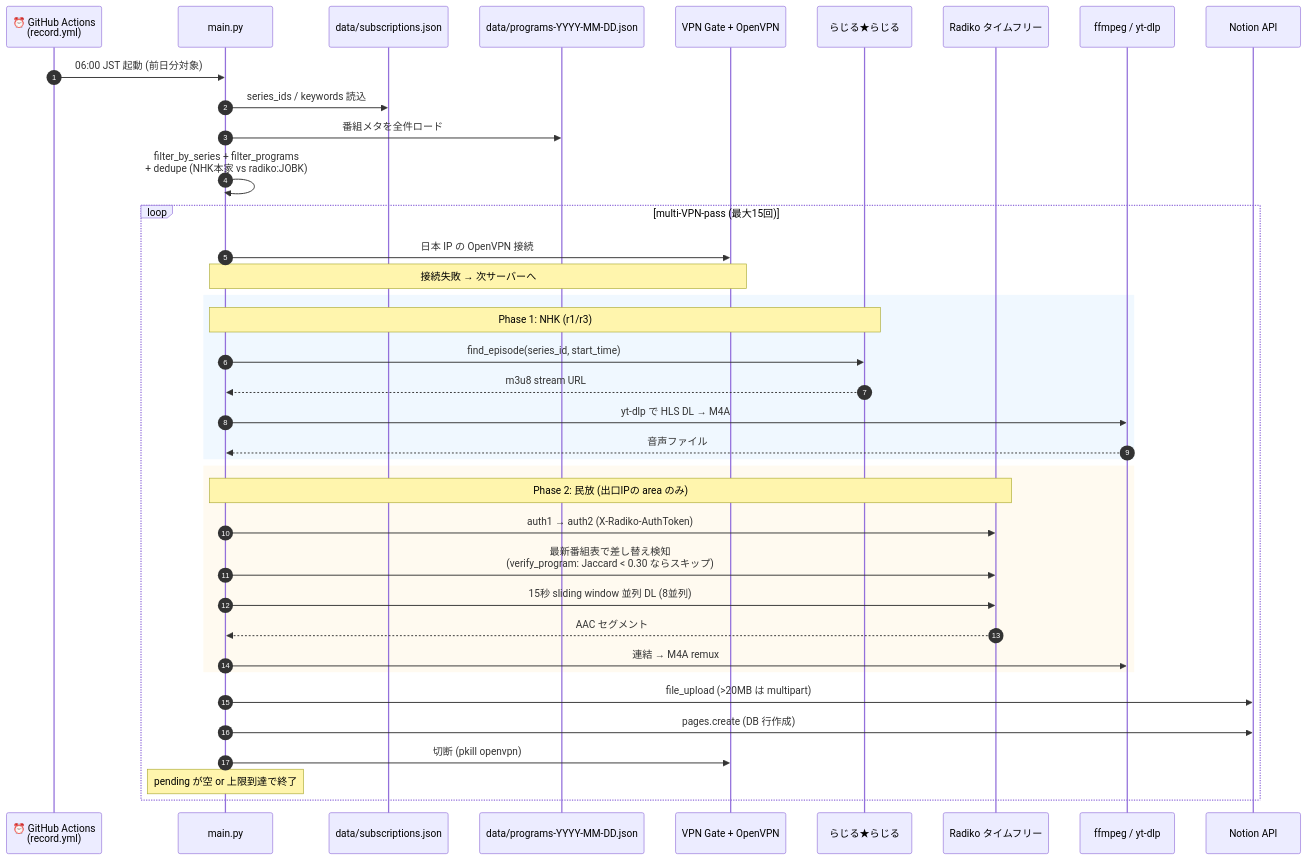
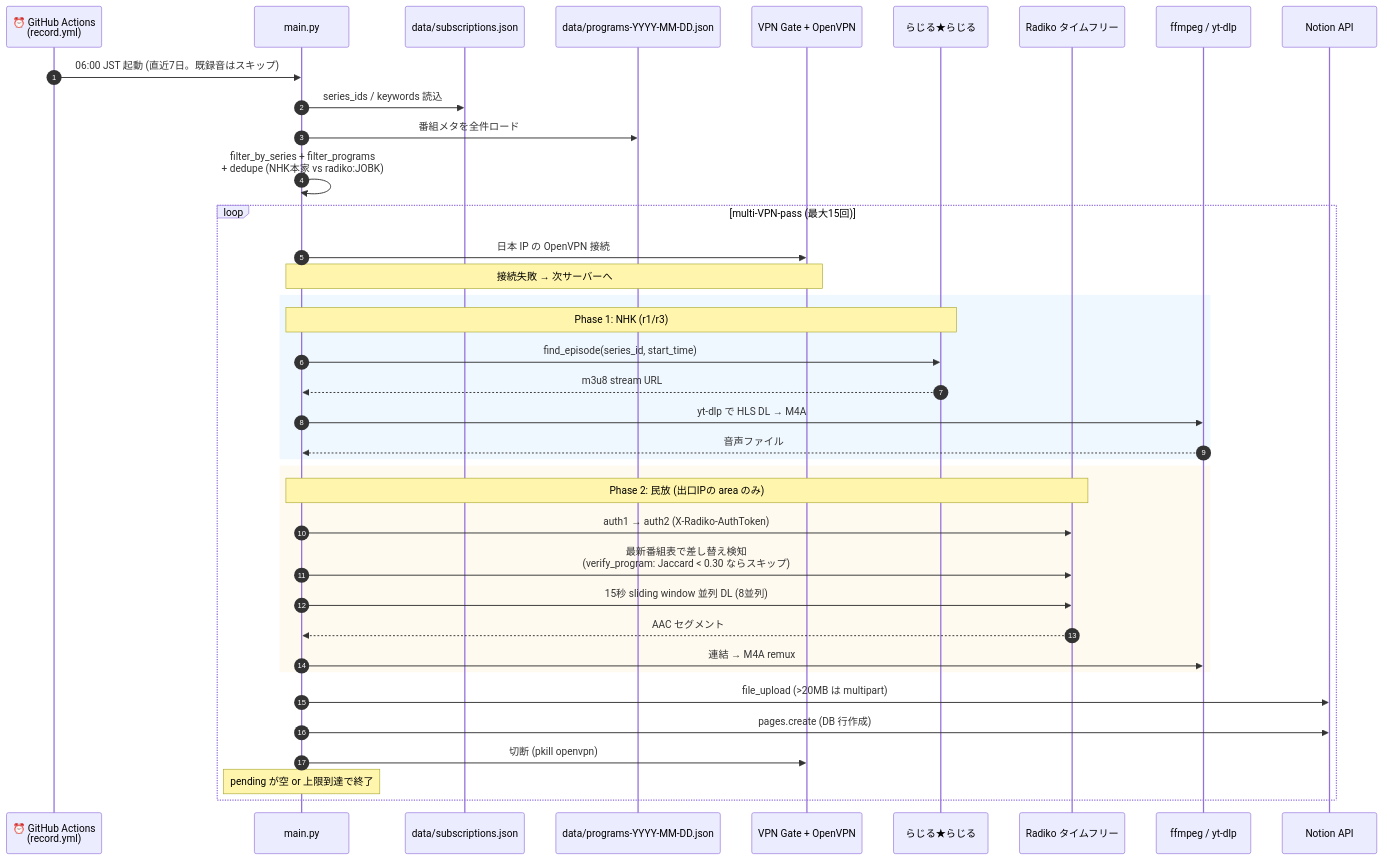
Before and after one commit to satoki252595/nhkRadio: the third of 5 diagrams in README.md, drawn with Mermaid. The commit also changed other lines of this file and 8 other files, not shown here.

````diff
--- a/README.md
+++ b/README.md
@@ -116,45 +116,45 @@
 ```mermaid
 sequenceDiagram
   autonumber
   participant Cron as ⏰ GitHub Actions<br/>(record.yml)
   participant Main as main.py
   participant Sub as data/subscriptions.json
   participant Cache as data/programs-YYYY-MM-DD.json
   participant VPN as VPN Gate + OpenVPN
   participant Radiru as らじる★らじる
   participant Radiko as Radiko タイムフリー
   participant FF as ffmpeg / yt-dlp
   participant N as Notion API
 
-  Cron->>Main: 06:00 JST 起動 (前日分対象)
+  Cron->>Main: 06:00 JST 起動 (直近7日。既録音はスキップ)
   Main->>Sub: series_ids / keywords 読込
   Main->>Cache: 番組メタを全件ロード
   Main->>Main: filter_by_series + filter_programs<br/>+ dedupe (NHK本家 vs radiko:JOBK)
 
   loop multi-VPN-pass (最大15回)
     Main->>VPN: 日本 IP の OpenVPN 接続
     Note over Main,VPN: 接続失敗 → 次サーバーへ
 
     rect rgb(240, 248, 255)
       Note over Main,Radiru: Phase 1: NHK (r1/r3)
       Main->>Radiru: find_episode(series_id, start_time)
       Radiru-->>Main: m3u8 stream URL
       Main->>FF: yt-dlp で HLS DL → M4A
       FF-->>Main: 音声ファイル
     end
 
     rect rgb(255, 250, 240)
       Note over Main,Radiko: Phase 2: 民放 (出口IPの area のみ)
       Main->>Radiko: auth1 → auth2 (X-Radiko-AuthToken)
       Main->>Radiko: 最新番組表で差し替え検知<br/>(verify_program: Jaccard < 0.30 ならスキップ)
       Main->>Radiko: 15秒 sliding window 並列 DL (8並列)
       Radiko-->>Main: AAC セグメント
       Main->>FF: 連結 → M4A remux
     end
 
     Main->>N: file_upload (>20MB は multipart)
     Main->>N: pages.create (DB 行作成)
     Main->>VPN: 切断 (pkill openvpn)
     Note over Main: pending が空 or 上限到達で終了
   end
 ```
````
